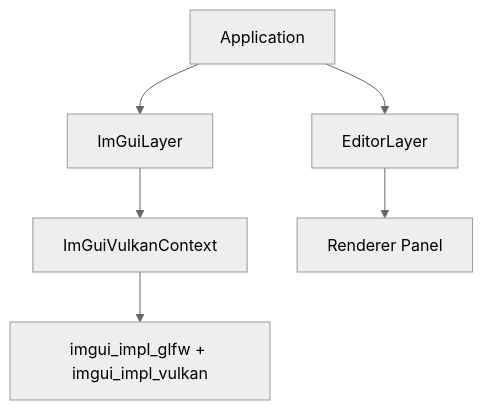
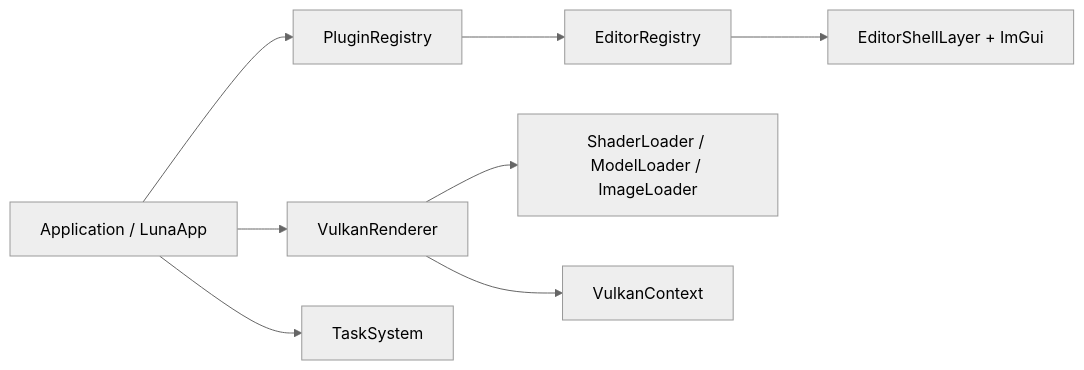
One commit to Yang-Junjie/Luna changed the eighth of 8 diagrams in docs/manual/subsystems-manual.md. Above: the diagram before and after it, drawn with Mermaid (neutral theme). The commit also changed other lines of this file and 49 other files, not shown here.

````diff
--- a/docs/manual/subsystems-manual.md
+++ b/docs/manual/subsystems-manual.md
@@ -203,8 +325,10 @@
 ```mermaid
-graph TD
-    APP[Application] --> IL[ImGuiLayer]
-    IL --> IVC[ImGuiVulkanContext]
-    IVC --> BACKEND[imgui_impl_glfw + imgui_impl_vulkan]
-    APP --> EL[EditorLayer]
-    EL --> UI[Renderer Panel]
+graph LR
+    Host[Application / LunaApp] --> Plugins[PluginRegistry]
+    Plugins --> Editor[EditorRegistry]
+    Host --> Renderer[VulkanRenderer]
+    Host --> Tasks[TaskSystem]
+    Renderer --> Assets[ShaderLoader / ModelLoader / ImageLoader]
+    Renderer --> Vulkan[VulkanContext]
+    Editor --> ImGui[EditorShellLayer + ImGui]
 ```
````
